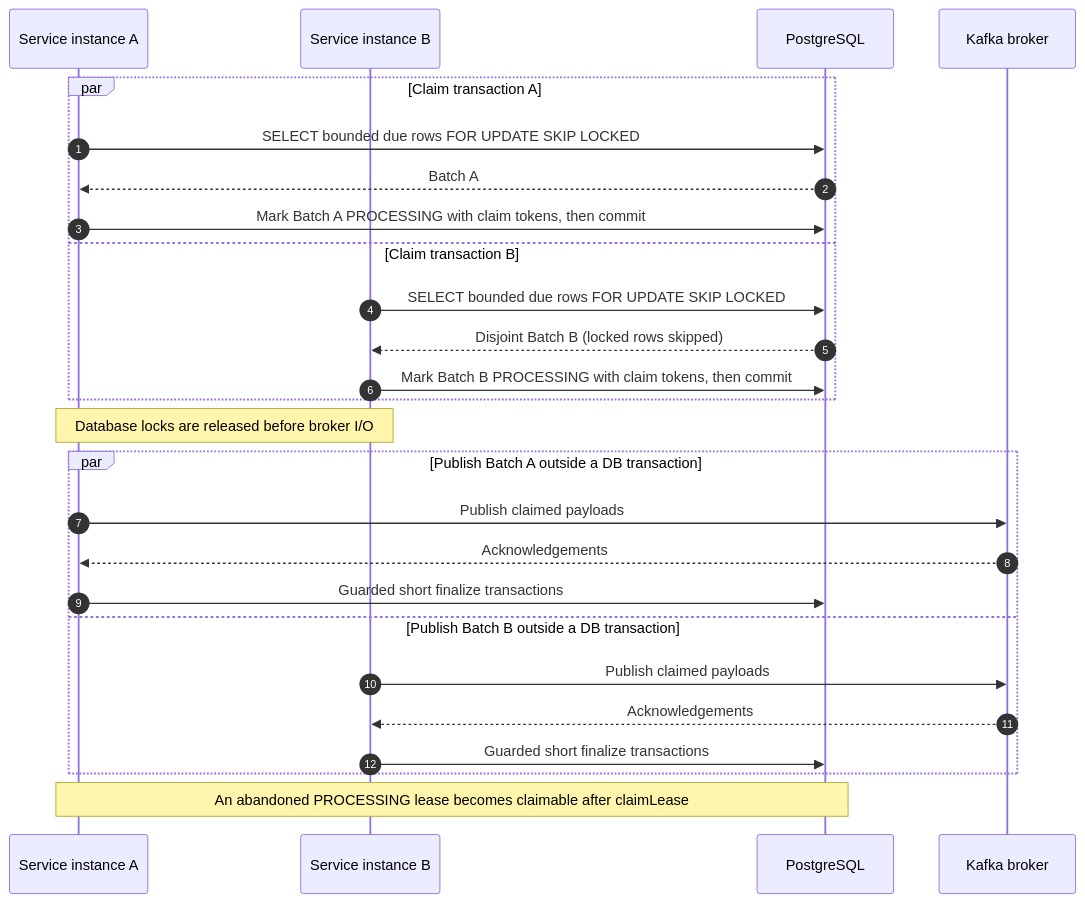
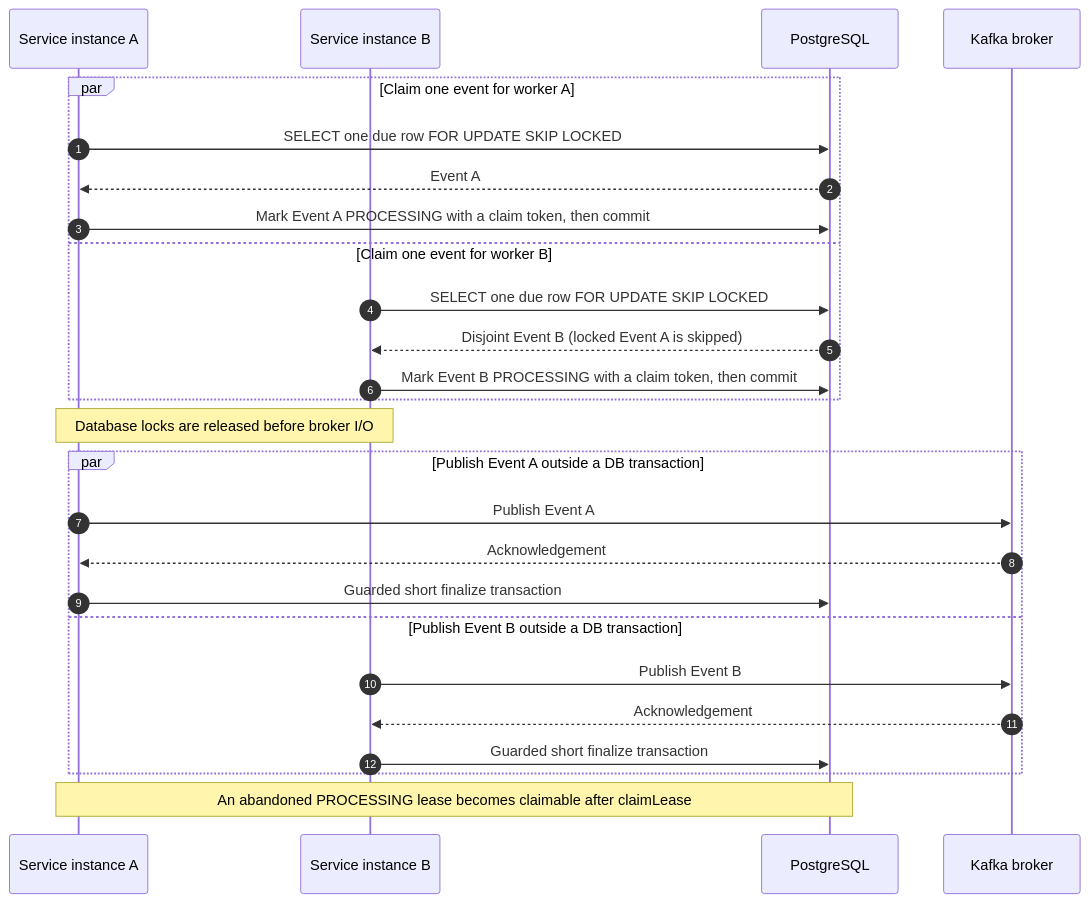
Before and after one commit to tarunngusain08/transaction-outbox-service: the sixth of 16 diagrams in docs/sequence-diagrams.md, drawn with Mermaid. The commit also changed other lines of this file and 25 other files, not shown here.

````diff
--- a/docs/sequence-diagrams.md
+++ b/docs/sequence-diagrams.md
@@ -223,29 +226,29 @@
 ```mermaid
 sequenceDiagram
     autonumber
     participant WorkerA as Service instance A
     participant WorkerB as Service instance B
     participant DB as PostgreSQL
     participant Kafka as Kafka broker
 
-    par Claim transaction A
-        WorkerA->>DB: SELECT bounded due rows FOR UPDATE SKIP LOCKED
-        DB-->>WorkerA: Batch A
-        WorkerA->>DB: Mark Batch A PROCESSING with claim tokens, then commit
-    and Claim transaction B
-        WorkerB->>DB: SELECT bounded due rows FOR UPDATE SKIP LOCKED
-        DB-->>WorkerB: Disjoint Batch B (locked rows skipped)
-        WorkerB->>DB: Mark Batch B PROCESSING with claim tokens, then commit
+    par Claim one event for worker A
+        WorkerA->>DB: SELECT one due row FOR UPDATE SKIP LOCKED
+        DB-->>WorkerA: Event A
+        WorkerA->>DB: Mark Event A PROCESSING with a claim token, then commit
+    and Claim one event for worker B
+        WorkerB->>DB: SELECT one due row FOR UPDATE SKIP LOCKED
+        DB-->>WorkerB: Disjoint Event B (locked Event A is skipped)
+        WorkerB->>DB: Mark Event B PROCESSING with a claim token, then commit
     end
     Note over WorkerA,WorkerB: Database locks are released before broker I/O
-    par Publish Batch A outside a DB transaction
-        WorkerA->>Kafka: Publish claimed payloads
-        Kafka-->>WorkerA: Acknowledgements
-        WorkerA->>DB: Guarded short finalize transactions
-    and Publish Batch B outside a DB transaction
-        WorkerB->>Kafka: Publish claimed payloads
-        Kafka-->>WorkerB: Acknowledgements
-        WorkerB->>DB: Guarded short finalize transactions
+    par Publish Event A outside a DB transaction
+        WorkerA->>Kafka: Publish Event A
+        Kafka-->>WorkerA: Acknowledgement
+        WorkerA->>DB: Guarded short finalize transaction
+    and Publish Event B outside a DB transaction
+        WorkerB->>Kafka: Publish Event B
+        Kafka-->>WorkerB: Acknowledgement
+        WorkerB->>DB: Guarded short finalize transaction
     end
     Note over WorkerA,DB: An abandoned PROCESSING lease becomes claimable after claimLease
 ```
````
